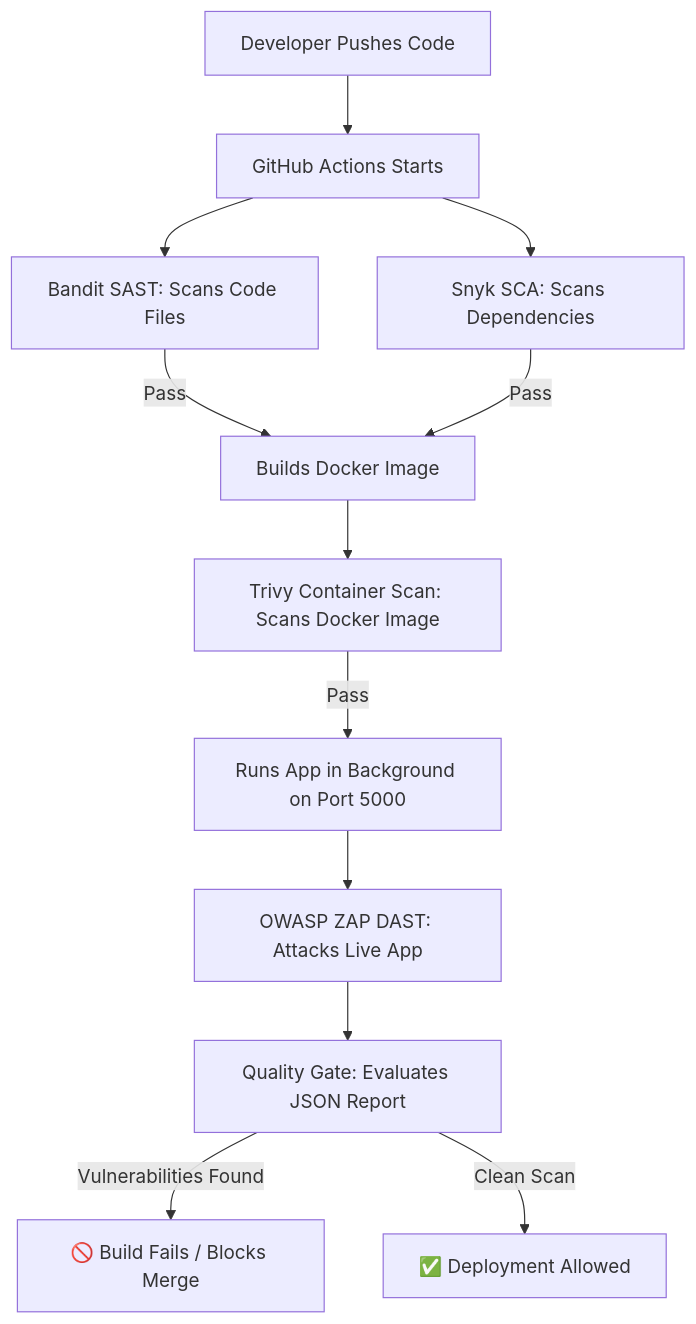
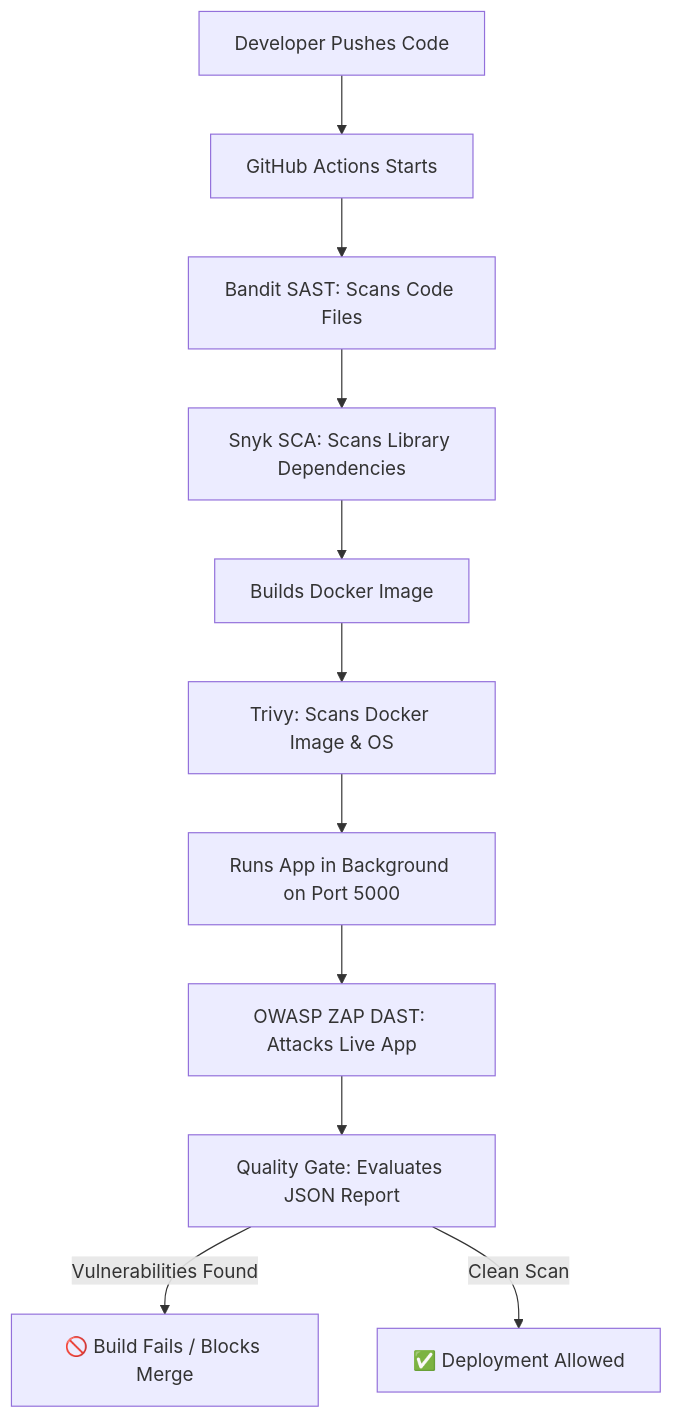
The diagram in README.md (RJ42-CODER/secure-stream-devsecops), drawn with Mermaid before and after one commit. The commit also changed other lines of this file, not shown here.

````diff
--- a/README.md
+++ b/README.md
@@ -13,14 +13,13 @@
 ```mermaid
 graph TD
     A[Developer Pushes Code] --> B[GitHub Actions Starts]
     B --> C[Bandit SAST: Scans Code Files]
-    B --> D[Snyk SCA: Scans Dependencies]
-    C -->|Pass| E[Builds Docker Image]
-    D -->|Pass| E
-    E --> F[Trivy Container Scan: Scans Docker Image]
-    F -->|Pass| G[Runs App in Background on Port 5000]
+    C --> D[Snyk SCA: Scans Library Dependencies]
+    D --> E[Builds Docker Image]
+    E --> F[Trivy: Scans Docker Image & OS]
+    F --> G[Runs App in Background on Port 5000]
     G --> H[OWASP ZAP DAST: Attacks Live App]
     H --> I[Quality Gate: Evaluates JSON Report]
     I -->|Vulnerabilities Found| J[🚫 Build Fails / Blocks Merge]
     I -->|Clean Scan| K[✅ Deployment Allowed]
 ```
````
